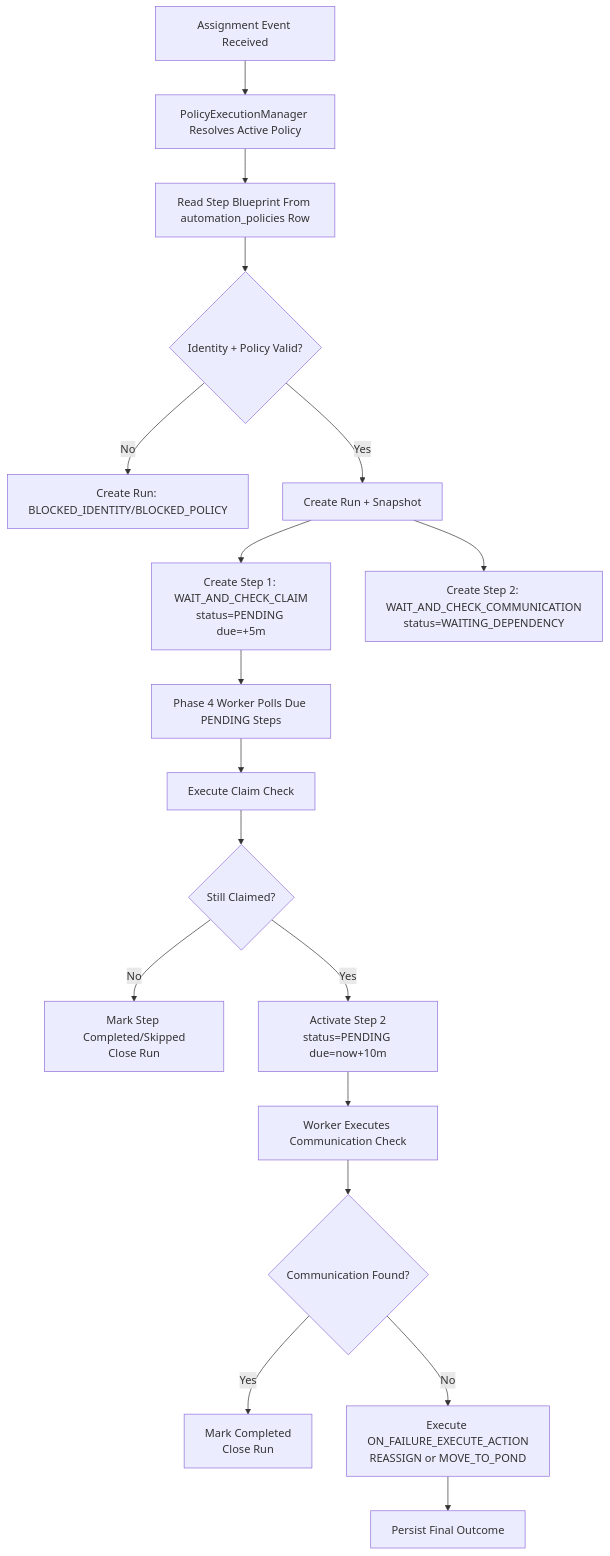
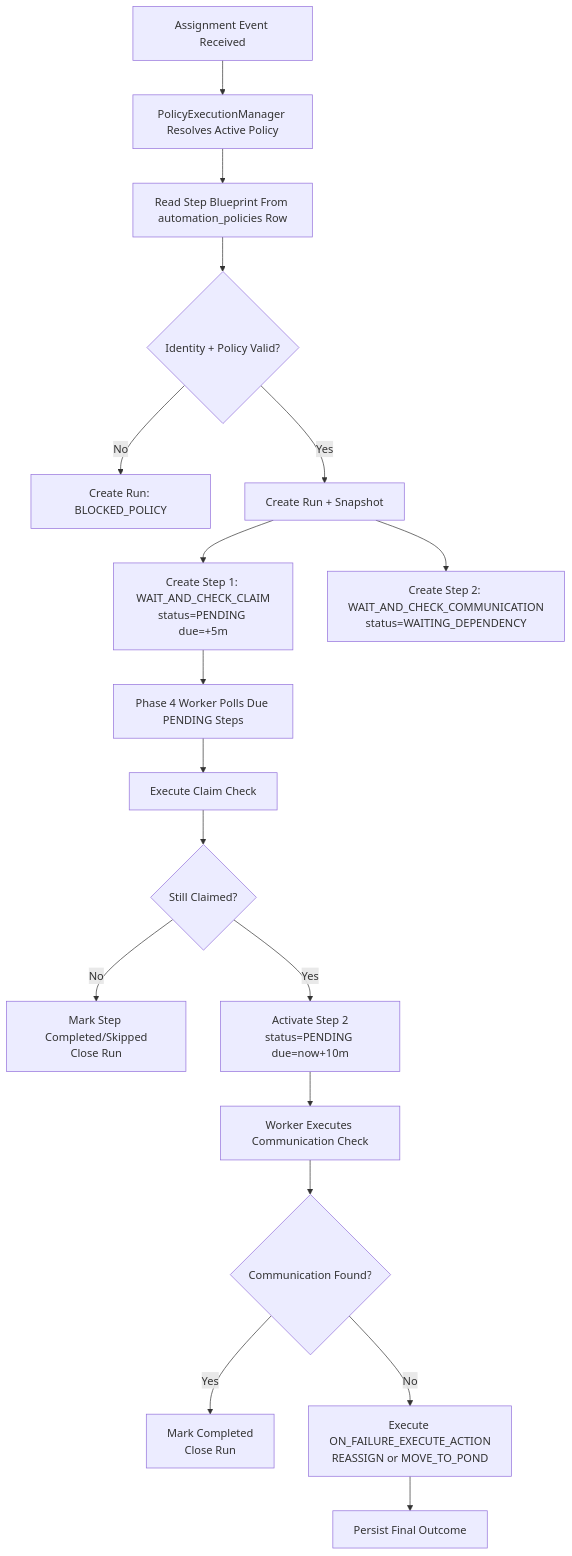
One commit to sarathkumar365/FUB-Automation changed the first of 2 diagrams in Docs/features/lead-management-platform/lead-management-platform-plan.md. Above: the diagram before and after it, drawn with Mermaid. The commit also changed other lines of this file and 39 other files, not shown here.

Commit message:
Implement policy communication step flow and remove identity resolver boundary

````diff
--- a/Docs/features/lead-management-platform/lead-management-platform-plan.md
+++ b/Docs/features/lead-management-platform/lead-management-platform-plan.md
@@ -93,20 +92,20 @@
 ```mermaid
 flowchart TB
     A["Assignment Event Received"] --> B["PolicyExecutionManager Resolves Active Policy"]
     B --> B1["Read Step Blueprint From automation_policies Row"]
     B1 --> C{"Identity + Policy Valid?"}
-    C -->|No| D["Create Run: BLOCKED_IDENTITY/BLOCKED_POLICY"]
+    C -->|No| D["Create Run: BLOCKED_POLICY"]
     C -->|Yes| E["Create Run + Snapshot"]
     E --> F["Create Step 1: WAIT_AND_CHECK_CLAIM<br/>status=PENDING due=+5m"]
     E --> G["Create Step 2: WAIT_AND_CHECK_COMMUNICATION<br/>status=WAITING_DEPENDENCY"]
     F --> H["Phase 4 Worker Polls Due PENDING Steps"]
     H --> I["Execute Claim Check"]
     I --> J{"Still Claimed?"}
     J -->|No| K["Mark Step Completed/Skipped<br/>Close Run"]
     J -->|Yes| L["Activate Step 2<br/>status=PENDING due=now+10m"]
     L --> M["Worker Executes Communication Check"]
     M --> N{"Communication Found?"}
     N -->|Yes| O["Mark Completed<br/>Close Run"]
     N -->|No| P["Execute ON_FAILURE_EXECUTE_ACTION<br/>REASSIGN or MOVE_TO_POND"]
     P --> Q["Persist Final Outcome"]
 ```
````
